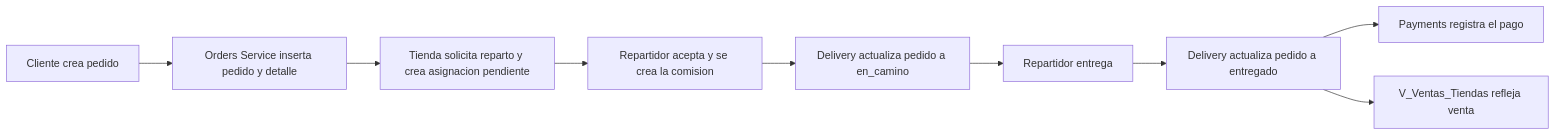
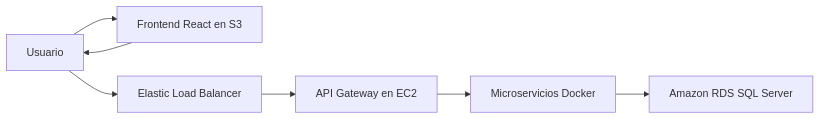
Before and after one commit to os-devsec/GoHenry: the diagram in docs/DOCUMENTACION_SERVICIOS.md, drawn with Mermaid. The commit also changed other lines of this file and 3 other files, not shown here.

````diff
--- a/docs/DOCUMENTACION_SERVICIOS.md
+++ b/docs/DOCUMENTACION_SERVICIOS.md
@@ -517,11 +14,9 @@
 ```mermaid
 flowchart LR
-    A["Cliente crea pedido"] --> B["Orders Service inserta pedido y detalle"]
-    B --> C["Tienda solicita reparto y crea asignacion pendiente"]
-    C --> D["Repartidor acepta y se crea la comision"]
-    D --> E["Delivery actualiza pedido a en_camino"]
-    E --> F["Repartidor entrega"]
-    F --> G["Delivery actualiza pedido a entregado"]
-    G --> H["Payments registra el pago"]
-    G --> I["V_Ventas_Tiendas refleja venta"]
+    U["Usuario"] --> S3["Frontend React en S3"]
+    S3 --> U
+    U --> ELB["Elastic Load Balancer"]
+    ELB --> G["API Gateway en EC2"]
+    G --> MS["Microservicios Docker"]
+    MS --> RDS["Amazon RDS SQL Server"]
 ```
````
